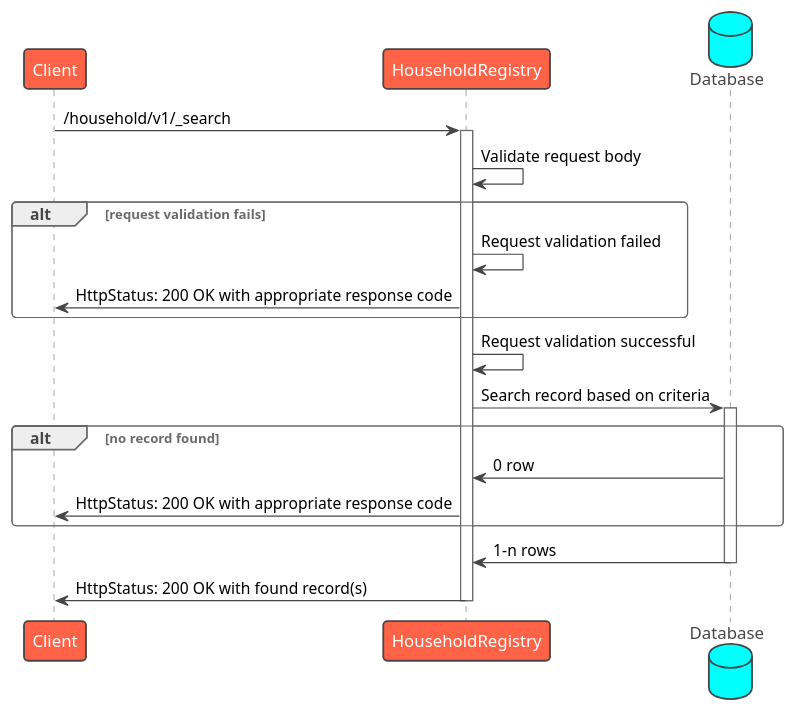
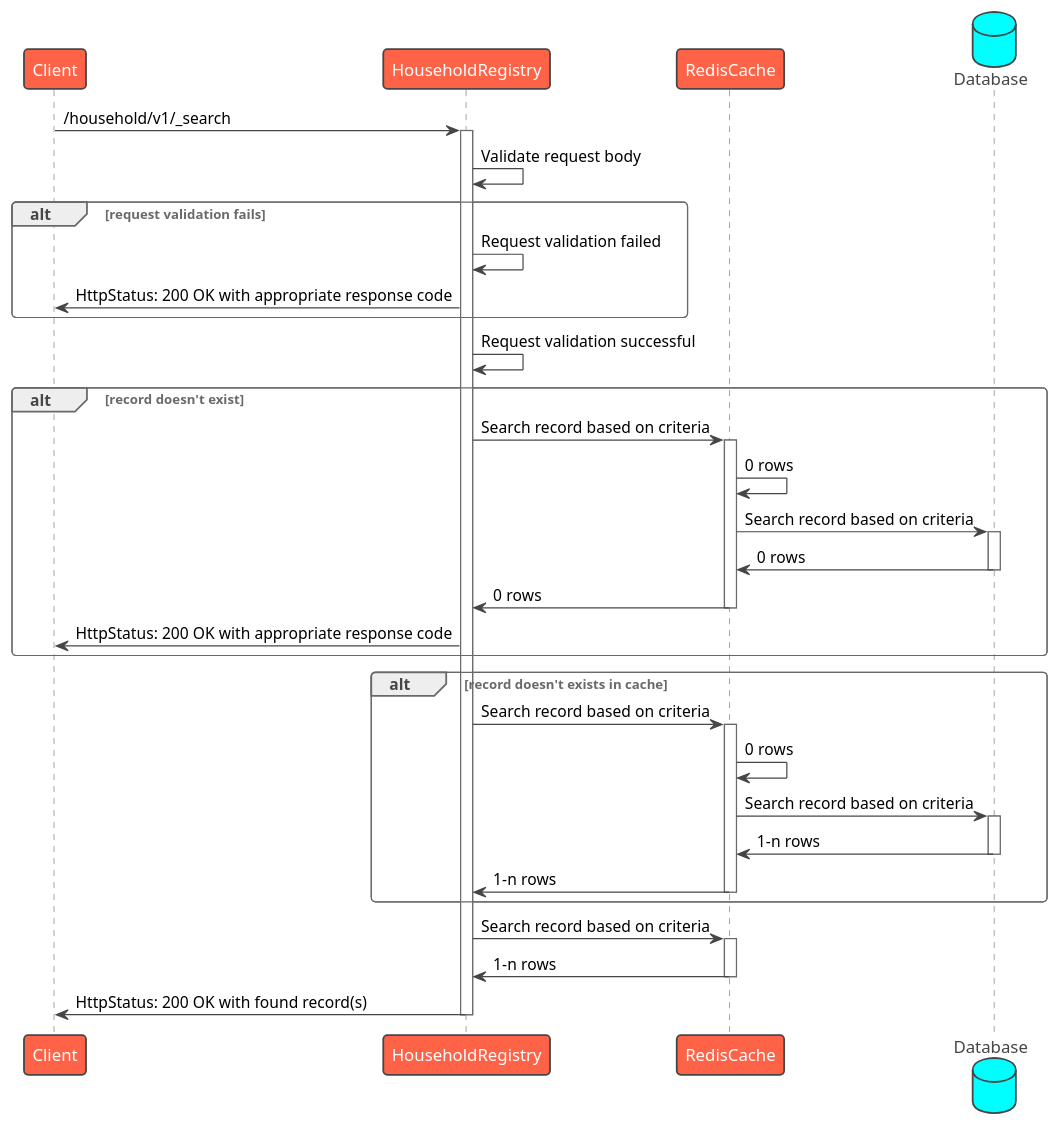
One commit to egovernments/health-api-specs changed the diagram in contracts/registries/household/sequence/search.puml. Above: the diagram before and after it, drawn with PlantUML. The commit also changed 5 other files, not shown here.

Commit message:
Sequence: Added support for cache - Search in cache first

```diff
--- a/contracts/registries/household/sequence/search.puml
+++ b/contracts/registries/household/sequence/search.puml
@@ -1,24 +1,44 @@
 @startuml Household Registry - Search
 !theme vibrant
 participant Client as c
 participant HouseholdRegistry as hr
+participant RedisCache as rc
 database Database as db
 c -> hr : /household/v1/_search
 activate hr
 hr -> hr: Validate request body
 alt request validation fails
     hr -> hr: Request validation failed
     hr -> c: HttpStatus: 200 OK with appropriate response code
 end
 hr -> hr: Request validation successful
-hr -> db: Search record based on criteria
-alt no record found
+alt record doesn't exist
+    hr -> rc: Search record based on criteria
+    activate rc
+    rc -> rc: 0 rows
+    rc -> db: Search record based on criteria
     activate db
-    db -> hr: 0 row
+    db -> rc: 0 rows
+    deactivate db
+    rc -> hr: 0 rows
+    deactivate rc
     hr -> c: HttpStatus: 200 OK with appropriate response code
 end
-db -> hr: 1-n rows
-deactivate db
+alt record doesn't exists in cache
+    hr -> rc: Search record based on criteria
+    activate rc
+    rc -> rc: 0 rows
+    rc -> db: Search record based on criteria
+    activate db
+    db -> rc: 1-n rows
+    deactivate db
+    rc -> hr: 1-n rows
+    deactivate rc
+end
+hr -> rc: Search record based on criteria
+activate rc
+rc -> hr: 1-n rows
+deactivate rc
 hr -> c: HttpStatus: 200 OK with found record(s)
 deactivate hr
 @enduml
```
